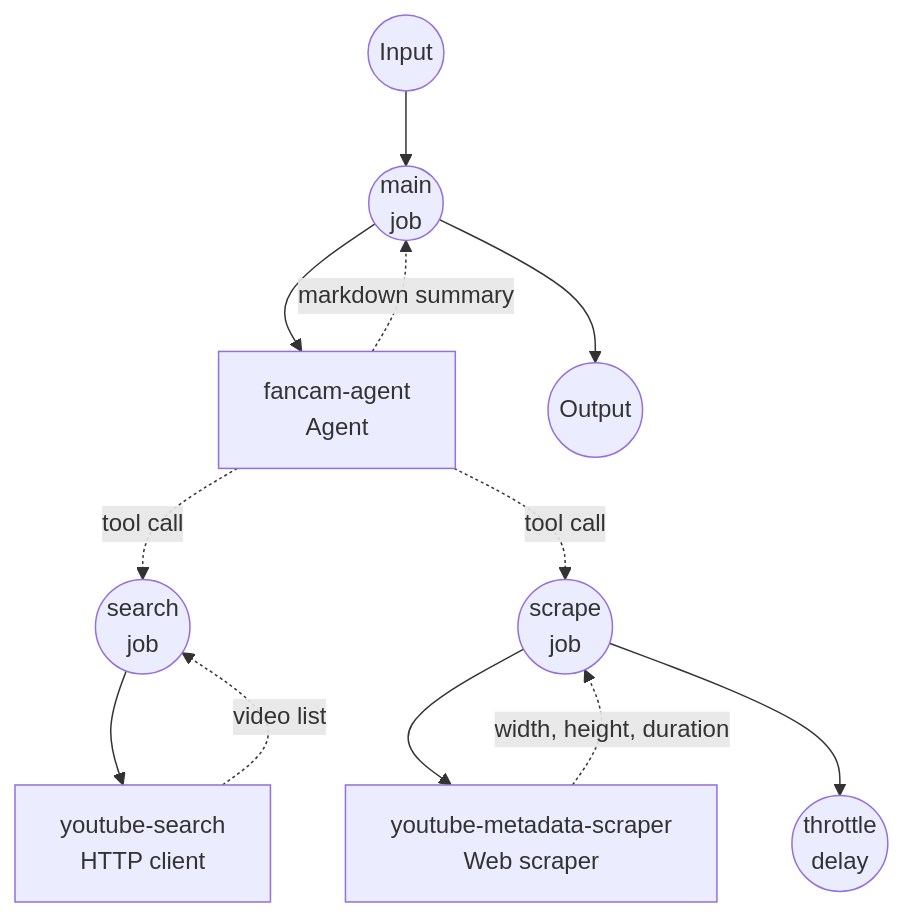
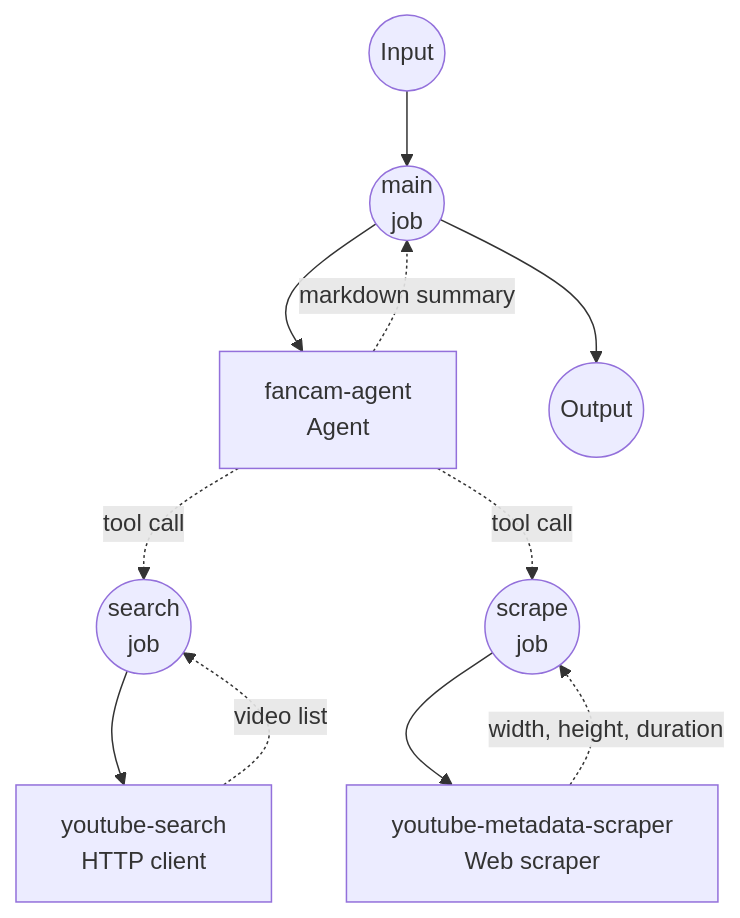
Before and after one commit to hanyeol/model-compose: the diagram in examples/agents/kpop-fancam-collector/README.md, drawn with Mermaid. The commit also changed other lines of this file and 3 other files, not shown here.

````diff
--- a/examples/agents/kpop-fancam-collector/README.md
+++ b/examples/agents/kpop-fancam-collector/README.md
@@ -143,30 +143,28 @@
 ```mermaid
 graph TD
     %% Jobs (circles)
     JM((main<br/>job))
     JS((search<br/>job))
     JD((scrape<br/>job))
-    JT((throttle<br/>delay))
 
     %% Components (rectangles)
     CA[fancam-agent<br/>Agent]
     CS[youtube-search<br/>HTTP client]
     CD[youtube-metadata-scraper<br/>Web scraper]
 
     %% main workflow
     Input((Input)) --> JM
     JM --> CA
     CA -.-> |markdown summary| JM
     JM --> Output((Output))
 
     %% search-fancams (agent tool)
     CA -.-> |tool call| JS
     JS --> CS
     CS -.-> |video list| JS
 
     %% get-video-metadata (agent tool)
     CA -.-> |tool call| JD
     JD --> CD
     CD -.-> |width, height, duration| JD
-    JD --> JT
 ```
````
